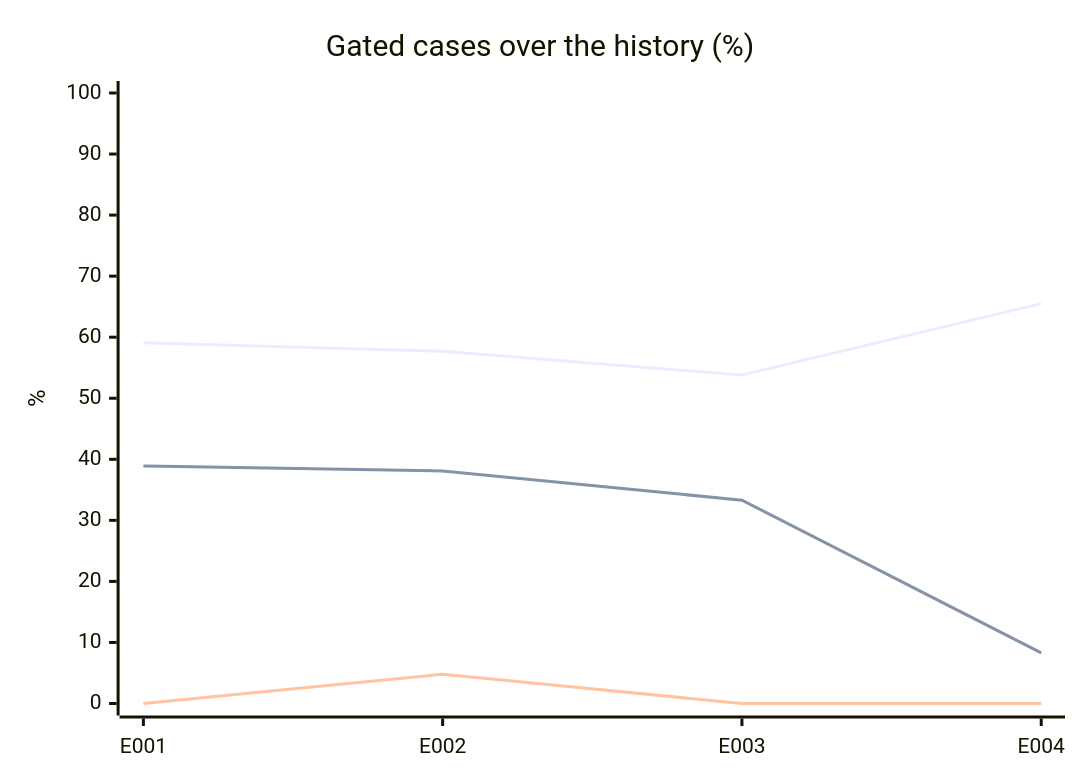
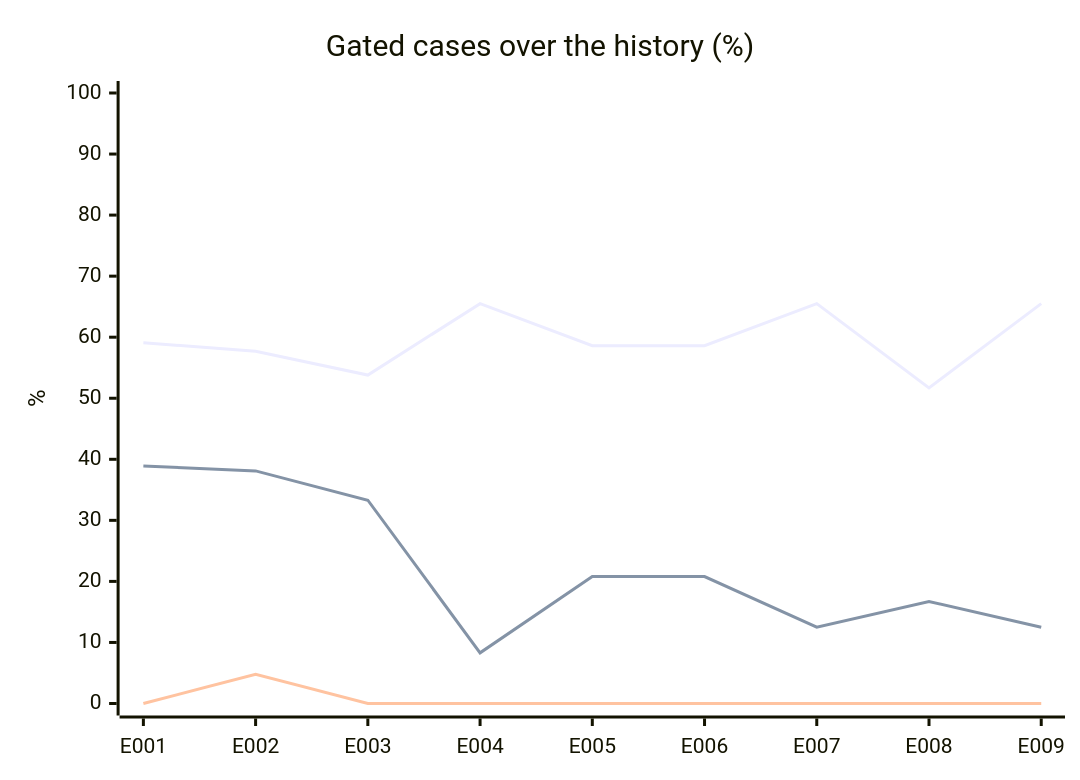
The diagram in evals/report.md (acarbonellb/anti-fraud-agent), drawn with Mermaid before and after one commit. The commit also changed other lines of this file and 67 other files, not shown here.

````diff
--- a/evals/report.md
+++ b/evals/report.md
@@ -39,9 +44,9 @@
 ```mermaid
 xychart-beta
   title "Gated cases over the history (%)"
-  x-axis [E001, E002, E003, E004]
+  x-axis [E001, E002, E003, E004, E005, E006, E007, E008, E009]
   y-axis "%" 0 --> 100
-  line [59.1, 57.7, 53.8, 65.5]
-  line [38.9, 38.1, 33.3, 8.3]
-  line [0, 4.8, 0, 0]
+  line [59.1, 57.7, 53.8, 65.5, 58.6, 58.6, 65.5, 51.7, 65.5]
+  line [38.9, 38.1, 33.3, 8.3, 20.8, 20.8, 12.5, 16.7, 12.5]
+  line [0, 4.8, 0, 0, 0, 0, 0, 0, 0]
 ```
````
